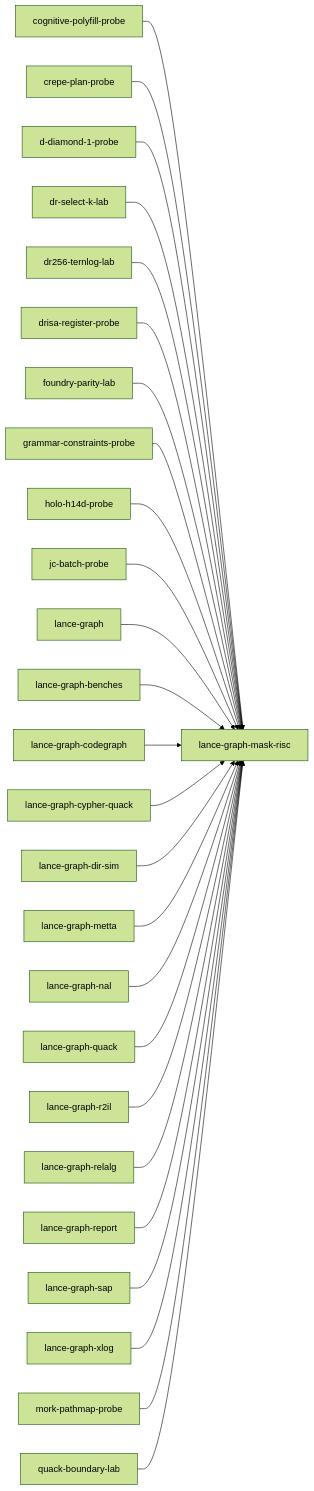
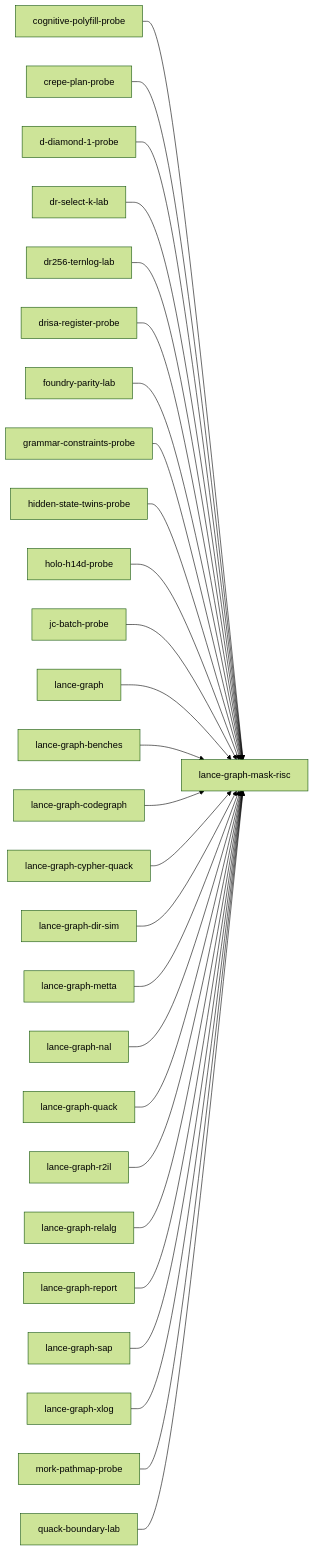
Before and after one commit to AdaWorldAPI/lance-graph: the diagram in .codegraph/crates/lance-graph-mask-risc.index.md, drawn with Mermaid (forest theme). The commit also changed other lines of this file and 111 other files, not shown here.

First line of the commit message:
board(quack): P1 results of D-QUACK-DERIVED-PLANE-PROBE; regenerate indexes

````diff
--- a/.codegraph/crates/lance-graph-mask-risc.index.md
+++ b/.codegraph/crates/lance-graph-mask-risc.index.md
@@ -187,54 +188,56 @@
 ```mermaid
 flowchart LR
   n6["cognitive-polyfill-probe"]
   n9["crepe-plan-probe"]
   n10["d-diamond-1-probe"]
   n14["dr-select-k-lab"]
   n15["dr256-ternlog-lab"]
   n17["drisa-register-probe"]
   n23["foundry-parity-lab"]
   n25["grammar-constraints-probe"]
-  n28["holo-h14d-probe"]
-  n32["jc-batch-probe"]
-  n33["lance-graph"]
-  n37["lance-graph-benches"]
-  n41["lance-graph-codegraph"]
-  n45["lance-graph-cypher-quack"]
-  n46["lance-graph-dir-sim"]
-  n52["lance-graph-mask-risc"]
-  n53["lance-graph-metta"]
-  n54["lance-graph-nal"]
-  n62["lance-graph-quack"]
-  n63["lance-graph-r2il"]
-  n65["lance-graph-relalg"]
-  n66["lance-graph-report"]
-  n68["lance-graph-sap"]
-  n71["lance-graph-xlog"]
-  n73["mork-pathmap-probe"]
-  n80["quack-boundary-lab"]
-  n6 --> n52
-  n9 --> n52
-  n10 --> n52
-  n14 --> n52
-  n15 --> n52
-  n17 --> n52
-  n23 --> n52
-  n25 --> n52
-  n28 --> n52
-  n32 --> n52
-  n33 --> n52
-  n37 --> n52
-  n41 --> n52
-  n45 --> n52
-  n46 --> n52
-  n53 --> n52
-  n54 --> n52
-  n62 --> n52
-  n63 --> n52
-  n65 --> n52
-  n66 --> n52
-  n68 --> n52
-  n71 --> n52
-  n73 --> n52
-  n80 --> n52
+  n27["hidden-state-twins-probe"]
+  n29["holo-h14d-probe"]
+  n33["jc-batch-probe"]
+  n34["lance-graph"]
+  n38["lance-graph-benches"]
+  n42["lance-graph-codegraph"]
+  n46["lance-graph-cypher-quack"]
+  n47["lance-graph-dir-sim"]
+  n53["lance-graph-mask-risc"]
+  n54["lance-graph-metta"]
+  n55["lance-graph-nal"]
+  n63["lance-graph-quack"]
+  n64["lance-graph-r2il"]
+  n66["lance-graph-relalg"]
+  n67["lance-graph-report"]
+  n69["lance-graph-sap"]
+  n72["lance-graph-xlog"]
+  n74["mork-pathmap-probe"]
+  n81["quack-boundary-lab"]
+  n6 --> n53
+  n9 --> n53
+  n10 --> n53
+  n14 --> n53
+  n15 --> n53
+  n17 --> n53
+  n23 --> n53
+  n25 --> n53
+  n27 --> n53
+  n29 --> n53
+  n33 --> n53
+  n34 --> n53
+  n38 --> n53
+  n42 --> n53
+  n46 --> n53
+  n47 --> n53
+  n54 --> n53
+  n55 --> n53
+  n63 --> n53
+  n64 --> n53
+  n66 --> n53
+  n67 --> n53
+  n69 --> n53
+  n72 --> n53
+  n74 --> n53
+  n81 --> n53
 ```
````
